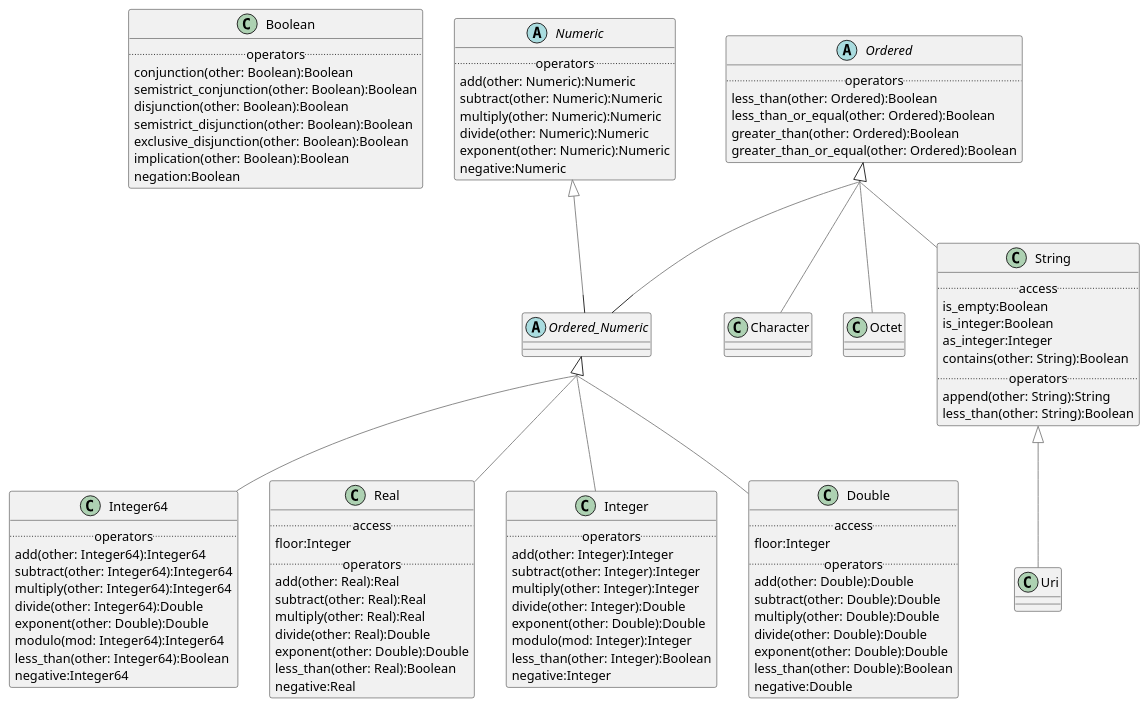
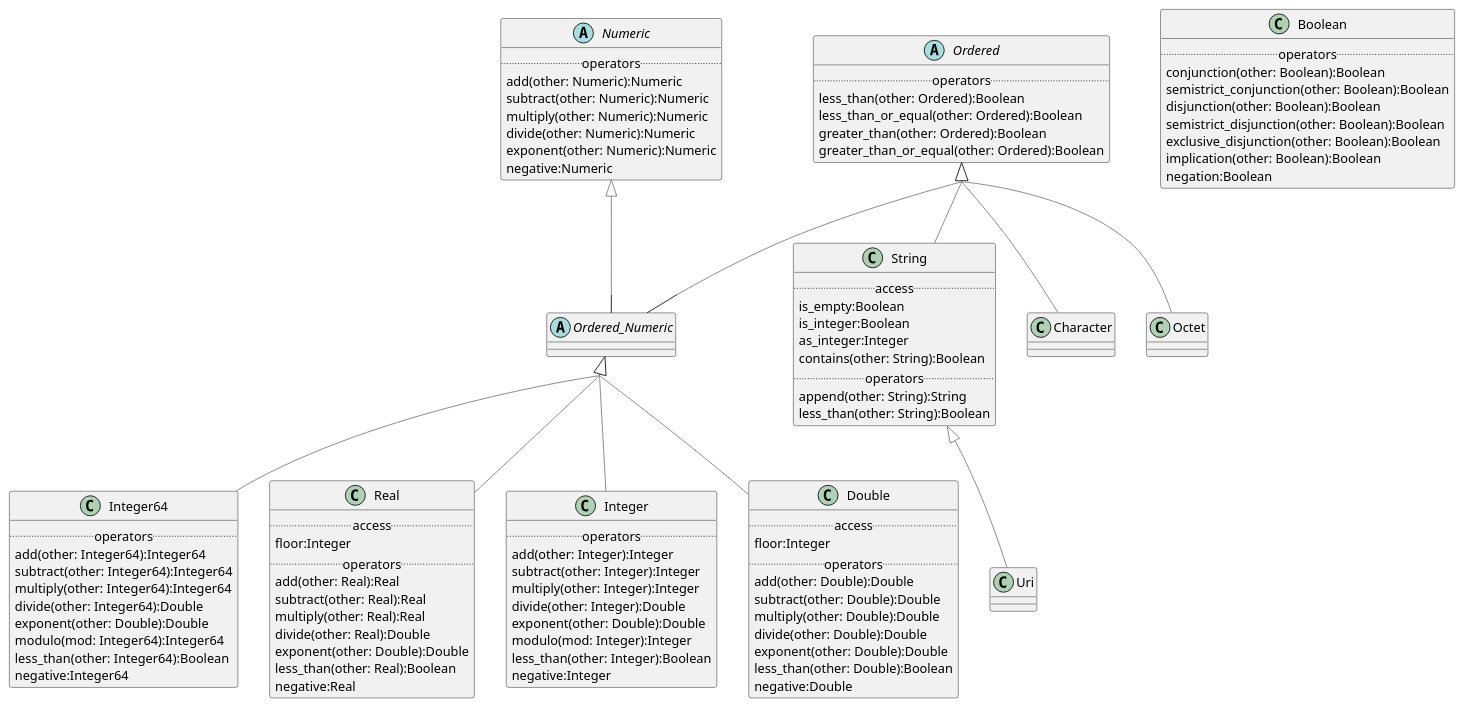
One commit to wolandscat/openehr-doc changed the diagram in modules/ROOT/examples/bmm/representation/builtin_types/primitive_types/primitive_types-package-uml.adoc. Above: the diagram before and after it, drawn with PlantUML. The commit also changed 2355 other files, not shown here.

```diff
--- a/modules/ROOT/examples/bmm/representation/builtin_types/primitive_types/primitive_types-package-uml.adoc
+++ b/modules/ROOT/examples/bmm/representation/builtin_types/primitive_types/primitive_types-package-uml.adoc
@@ -3,10 +3,10 @@
-[plantuml,opts=interactive]
+[plantuml,opts=interactive,link=self]
 ....
 skinparam groupInheritance 2
 skinparam citedClassColor #FDFDFD
 
 
-class Boolean [[/splashlang-doc/latest/representation/representation-builtin_types.html#_class_boolean]] {
+class Boolean [[/openehr-doc/latest/representation/builtin_types-gen.html#_class_boolean]] {
         .. operators ..
         conjunction(other: Boolean):Boolean
         semistrict_conjunction(other: Boolean):Boolean
@@ -18,13 +18,13 @@
 }
 
 
-class Uri [[/splashlang-doc/latest/representation/representation-builtin_types.html#_class_uri]] {
+class Uri [[/openehr-doc/latest/representation/builtin_types-gen.html#_class_uri]] {
 }
 
-String <|-[#gray]- Uri
+Uri -[#gray]up-|> String  
 
 
-class Integer64 [[/splashlang-doc/latest/representation/representation-builtin_types.html#_class_integer64]] {
+class Integer64 [[/openehr-doc/latest/representation/builtin_types-gen.html#_class_integer64]] {
         .. operators ..
         add(other: Integer64):Integer64
         subtract(other: Integer64):Integer64
@@ -36,10 +36,10 @@
         negative:Integer64
 }
 
-Ordered_Numeric <|-[#gray]- Integer64
+Integer64 -[#gray]up-|> Ordered_Numeric  
 
 
-class Real [[/splashlang-doc/latest/representation/representation-builtin_types.html#_class_real]] {
+class Real [[/openehr-doc/latest/representation/builtin_types-gen.html#_class_real]] {
         .. access ..
         floor:Integer
         .. operators ..
@@ -52,10 +52,10 @@
         negative:Real
 }
 
-Ordered_Numeric <|-[#gray]- Real
+Real -[#gray]up-|> Ordered_Numeric  
 
 
-class Integer [[/splashlang-doc/latest/representation/representation-builtin_types.html#_class_integer]] {
+class Integer [[/openehr-doc/latest/representation/builtin_types-gen.html#_class_integer]] {
         .. operators ..
         add(other: Integer):Integer
         subtract(other: Integer):Integer
@@ -67,25 +67,25 @@
         negative:Integer
 }
 
-Ordered_Numeric <|-[#gray]- Integer
+Integer -[#gray]up-|> Ordered_Numeric  
 
 
-abstract class Ordered_Numeric [[/splashlang-doc/latest/representation/representation-builtin_types.html#_class_ordered_numeric]] {
+abstract class Ordered_Numeric [[/openehr-doc/latest/representation/builtin_types-gen.html#_class_ordered_numeric]] {
 }
 
-Ordered <|-[#gray]- Ordered_Numeric
+Ordered_Numeric -[#gray]up-|> Ordered  
 
 
-Numeric <|-[#gray]- Ordered_Numeric
+Ordered_Numeric -[#gray]up-|> Numeric  
 
 
-class Character [[/splashlang-doc/latest/representation/representation-builtin_types.html#_class_character]] {
+class Character [[/openehr-doc/latest/representation/builtin_types-gen.html#_class_character]] {
 }
 
-Ordered <|-[#gray]- Character
+Character -[#gray]up-|> Ordered  
 
 
-class Double [[/splashlang-doc/latest/representation/representation-builtin_types.html#_class_double]] {
+class Double [[/openehr-doc/latest/representation/builtin_types-gen.html#_class_double]] {
         .. access ..
         floor:Integer
         .. operators ..
@@ -98,10 +98,10 @@
         negative:Double
 }
 
-Ordered_Numeric <|-[#gray]- Double
+Double -[#gray]up-|> Ordered_Numeric  
 
 
-class String [[/splashlang-doc/latest/representation/representation-builtin_types.html#_class_string]] {
+class String [[/openehr-doc/latest/representation/builtin_types-gen.html#_class_string]] {
         .. access ..
         is_empty:Boolean
         is_integer:Boolean
@@ -112,16 +112,16 @@
         less_than(other: String):Boolean
 }
 
-Ordered <|-[#gray]- String
+String -[#gray]up-|> Ordered  
 
 
-class Octet [[/splashlang-doc/latest/representation/representation-builtin_types.html#_class_octet]] {
+class Octet [[/openehr-doc/latest/representation/builtin_types-gen.html#_class_octet]] {
 }
 
-Ordered <|-[#gray]- Octet
+Octet -[#gray]up-|> Ordered  
 
 
-abstract class Ordered [[/splashlang-doc/latest/representation/representation-builtin_types.html#_class_ordered]] {
+abstract class Ordered [[/openehr-doc/latest/representation/builtin_types-gen.html#_class_ordered]] {
         .. operators ..
         less_than(other: Ordered):Boolean
         less_than_or_equal(other: Ordered):Boolean
@@ -129,7 +129,8 @@
         greater_than_or_equal(other: Ordered):Boolean
 }
 
-abstract class Numeric [[/splashlang-doc/latest/representation/representation-builtin_types.html#_class_numeric]] {
+
+abstract class Numeric [[/openehr-doc/latest/representation/builtin_types-gen.html#_class_numeric]] {
         .. operators ..
         add(other: Numeric):Numeric
         subtract(other: Numeric):Numeric
```
